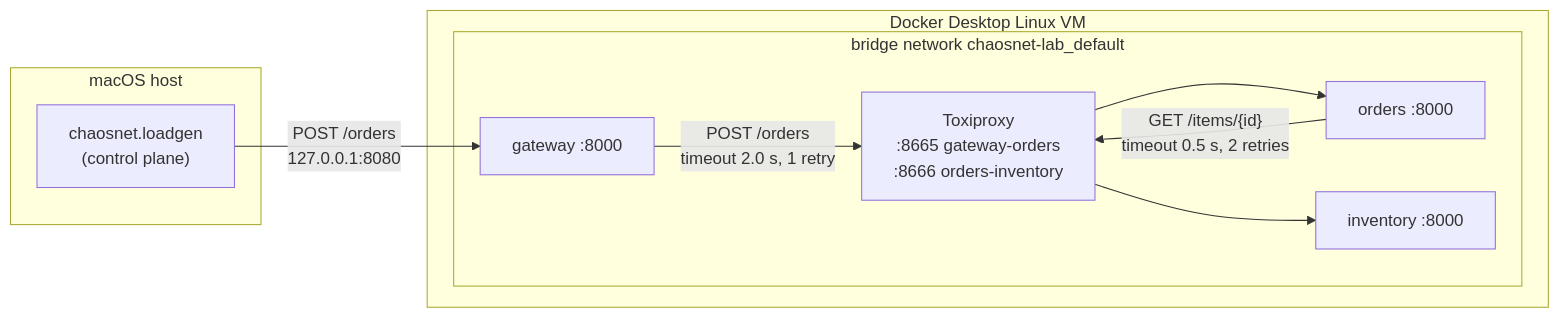
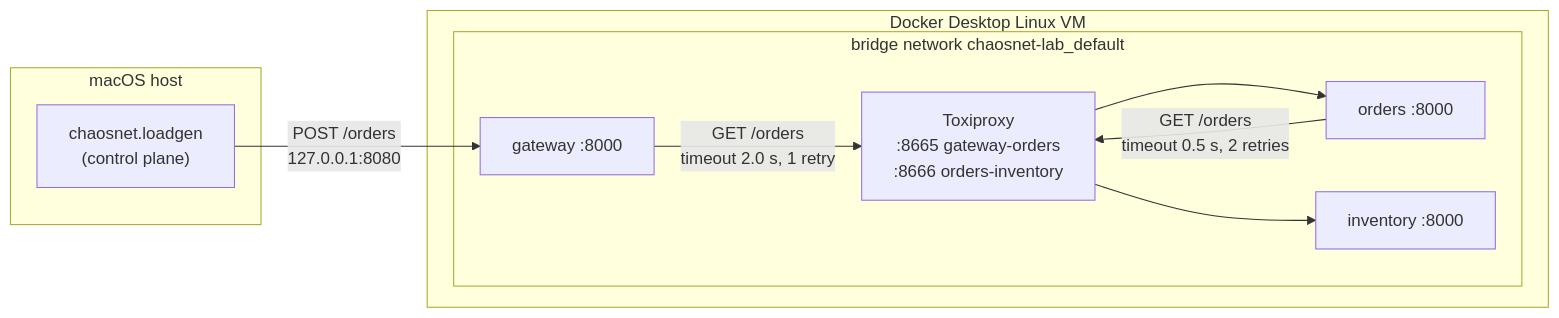
The diagram in docs/ARCHITECTURE.md (kesamot11/chaosnet), drawn with Mermaid before and after one commit. The commit also changed other lines of this file and 14 other files, not shown here.

````diff
--- a/docs/ARCHITECTURE.md
+++ b/docs/ARCHITECTURE.md
@@ -20,19 +20,19 @@
 ```mermaid
 flowchart LR
     subgraph mac["macOS host"]
         lg["chaosnet.loadgen<br/>(control plane)"]
     end
     subgraph vm["Docker Desktop Linux VM"]
         subgraph net["bridge network chaosnet-lab_default"]
             gw["gateway :8000"]
             tp["Toxiproxy<br/>:8665 gateway-orders<br/>:8666 orders-inventory"]
             or["orders :8000"]
             inv["inventory :8000"]
         end
     end
     lg -- "POST /orders<br/>127.0.0.1:8080" --> gw
-    gw -- "POST /orders<br/>timeout 2.0 s, 1 retry" --> tp
+    gw -- "GET /orders<br/>timeout 2.0 s, 1 retry" --> tp
     tp --> or
-    or -- "GET /items/{id}<br/>timeout 0.5 s, 2 retries" --> tp
+    or -- "GET /orders<br/>timeout 0.5 s, 2 retries" --> tp
     tp --> inv
 ```
````
